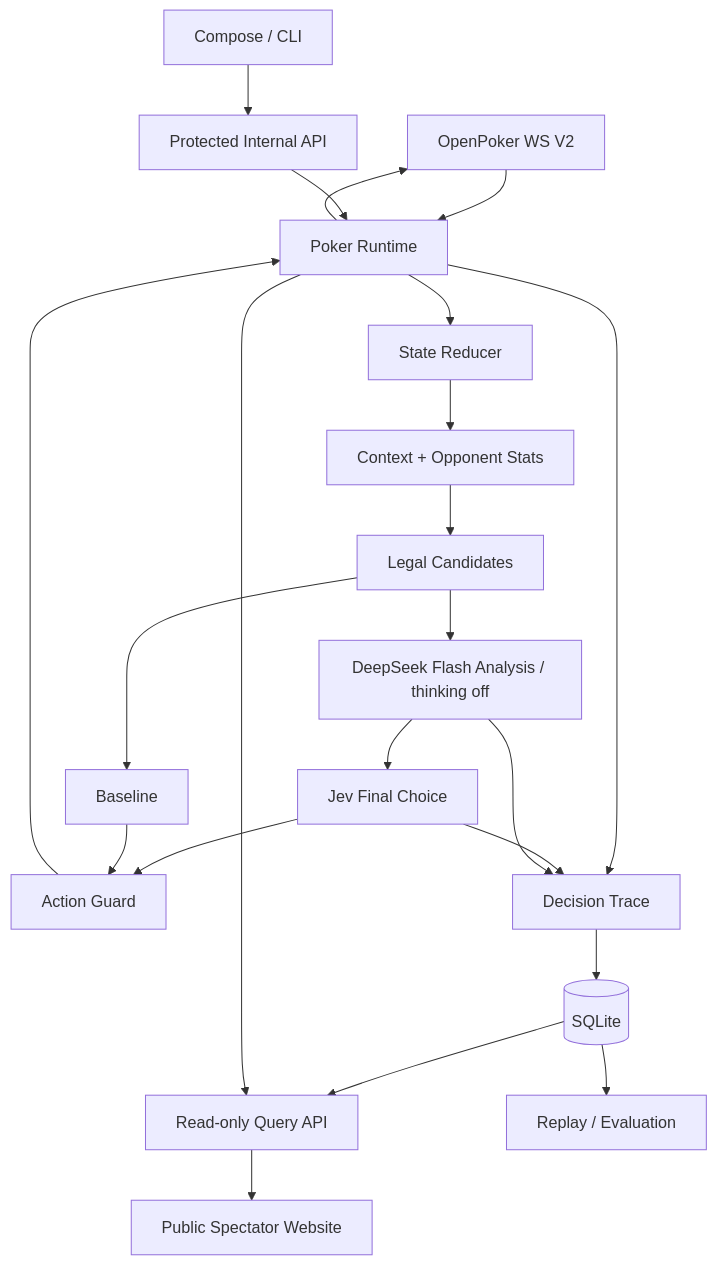
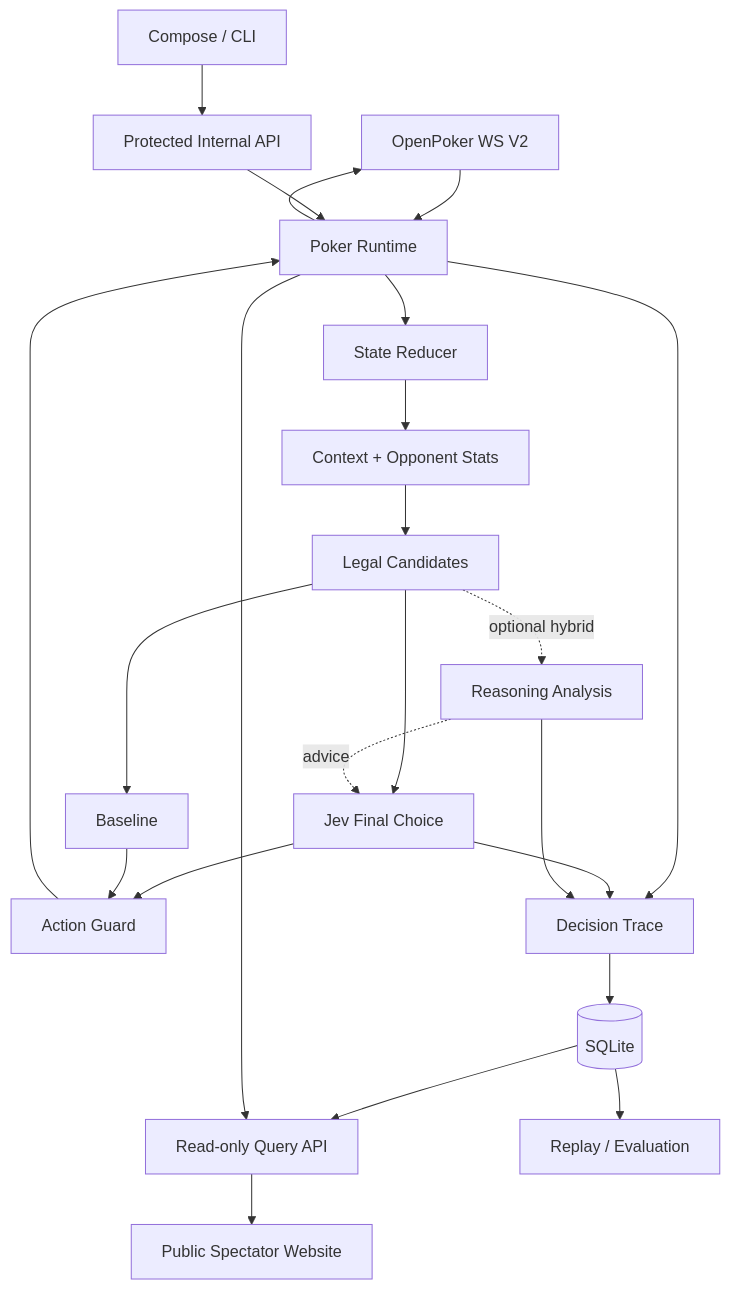
Before and after one commit to hewenyu/jev-card-agent: the diagram in docs/architecture.md, drawn with Mermaid. The commit also changed other lines of this file and 25 other files, not shown here.

````diff
--- a/docs/architecture.md
+++ b/docs/architecture.md
@@ -58,24 +58,25 @@
 ```mermaid
 flowchart TD
     O[OpenPoker WS V2] --> R[Poker Runtime]
     R --> S[State Reducer]
     S --> C[Context + Opponent Stats]
     C --> A[Legal Candidates]
-    A --> M[DeepSeek Flash Analysis / thinking off]
-    M --> J[Jev Final Choice]
+    A --> J[Jev Final Choice]
+    A -. optional hybrid .-> M[Reasoning Analysis]
+    M -. advice .-> J
     A --> B[Baseline]
     J --> G[Action Guard]
     B --> G
     G --> R
     R --> O
     R --> T[Decision Trace]
     J --> T
     M --> T
     T --> D[(SQLite)]
     D --> API[Read-only Query API]
     R --> API
     API --> UI[Public Spectator Website]
     OPS[Compose / CLI] --> INTERNAL[Protected Internal API]
     INTERNAL --> R
     D --> E[Replay / Evaluation]
 ```
````
